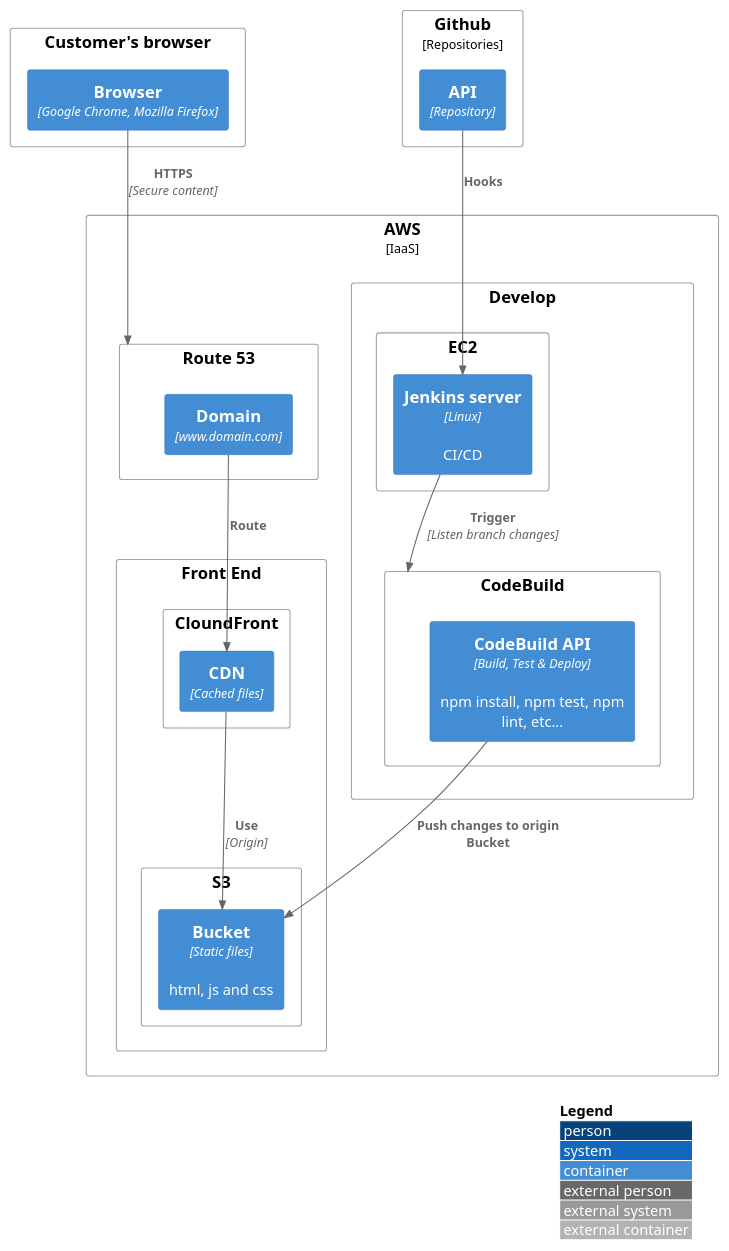
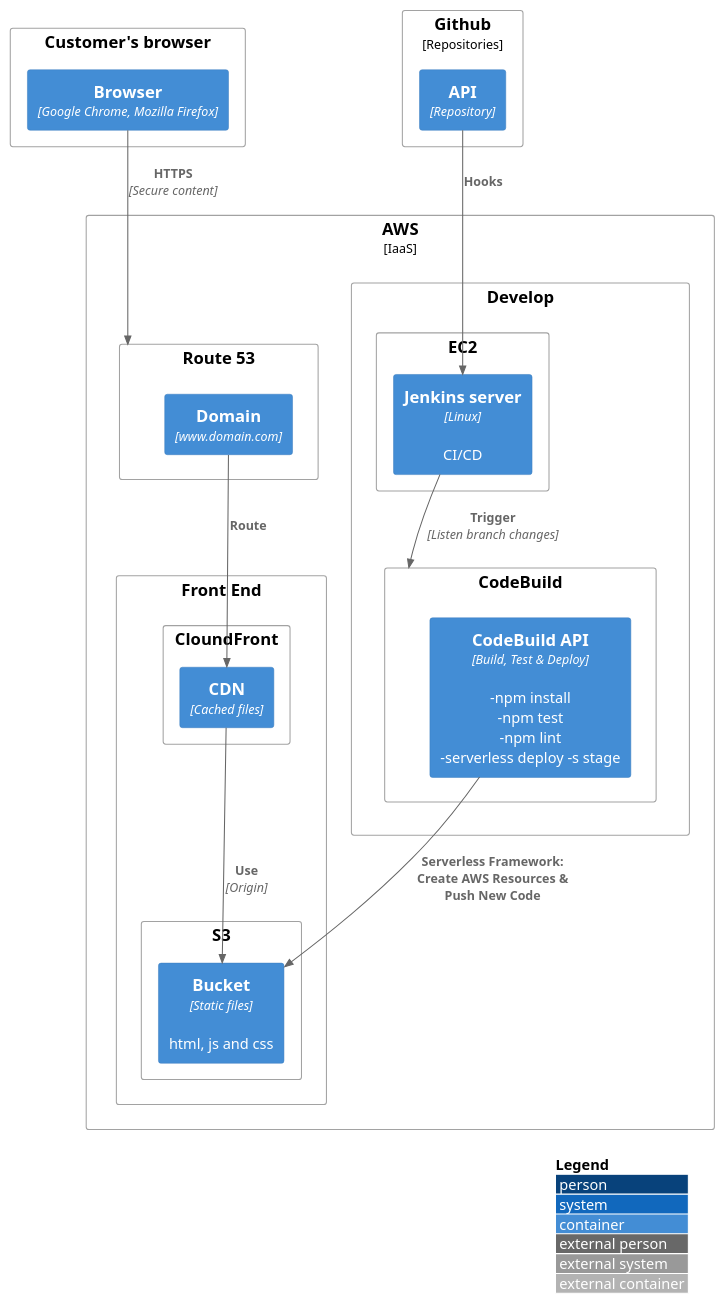
Before and after one commit to aoropeza/collie-docs: the diagram in src/2 Deployment/Web Application/deployment.puml, drawn with PlantUML. The commit also changed 1 other file, not shown here.

```diff
--- a/src/2 Deployment/Web Application/deployment.puml
+++ b/src/2 Deployment/Web Application/deployment.puml
@@ -1,48 +1,48 @@
 @startuml
 !include https://raw.githubusercontent.com/adrianvlupu/C4-PlantUML/latest/C4_Deployment.puml
 
 LAYOUT_WITH_LEGEND()
 
 Deployment_Node(comp, "Customer's browser"){  
   Container(broser, "Browser", "Google Chrome, Mozilla Firefox")
 }
 
 Deployment_Node(github, "Github", "Repositories"){
   Container(repo, "API", "Repository")
 }
 
 Deployment_Node(aws, "AWS", "IaaS"){
 
   Deployment_Node(FE, "Front End"){
 
     Deployment_Node(cloundFront, "CloundFront"){
       Container(cacheReactApp, "CDN", "Cached files")
     }
     Deployment_Node(s3, "S3"){
       Container(s3ReactApp, "Bucket", "Static files", "html, js and css")
     }
 
     Rel(cacheReactApp, s3ReactApp, "Use", "Origin")
   }
 
   Deployment_Node(53, "Route 53"){
     Container(domain, "Domain", "www.domain.com")
   }
   
   Deployment_Node(develop, "Develop"){
     Deployment_Node(ec2, "EC2"){
       Container(ec2Jenkins, "Jenkins server", "Linux", "CI/CD")
     }
     Deployment_Node(codeBuild, "CodeBuild"){
-      Container(codeBuildAPI, "CodeBuild API", "Build, Test & Deploy", "npm install, npm test, npm lint, etc...")
+      Container(codeBuildAPI, "CodeBuild API", "Build, Test & Deploy", "-npm install\n-npm test\n-npm lint\n-serverless deploy -s stage")
     }
     Rel(ec2Jenkins, codeBuild, "Trigger", "Listen branch changes")
   }
 
   Rel(domain, cacheReactApp, "Route")
-  Rel(codeBuildAPI, s3ReactApp, "Push changes to origin Bucket")
+  Rel(codeBuildAPI, s3ReactApp, "Serverless Framework: Create AWS Resources & Push New Code")
 }
 
 Rel(broser, 53, "HTTPS", "Secure content")
 Rel(repo, ec2Jenkins, "Hooks")
 @enduml
```
